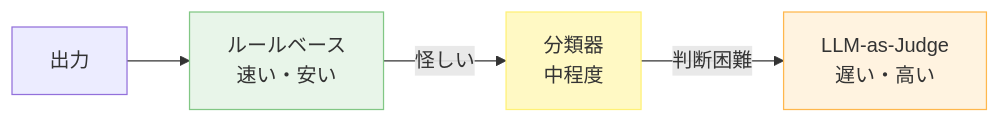
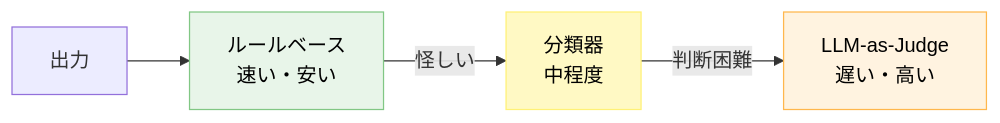
The third of 3 diagrams in docs/techniques/guardrails-llm-出力を決定論的に制御する仕組み.md (dinekt/dinekt-wiki), drawn with Mermaid before and after one commit. The commit also changed other lines of this file and 71 other files, not shown here.

First line of the commit message:
fix: mermaid readability + remove GitHub repo toolbar

````diff
--- a/docs/techniques/guardrails-llm-出力を決定論的に制御する仕組み.md
+++ b/docs/techniques/guardrails-llm-出力を決定論的に制御する仕組み.md
@@ -118,10 +118,10 @@
 ```mermaid
 flowchart LR
     O[出力] --> R[ルールベース<br/>速い・安い]
     R -->|怪しい| C[分類器<br/>中程度]
     C -->|判断困難| J[LLM-as-Judge<br/>遅い・高い]
 
-    style R fill:#e8f5e9,stroke:#81c784
-    style C fill:#fff9c4,stroke:#fff176
-    style J fill:#fff3e0,stroke:#ffb74d
+    style R fill:#e8f5e9,stroke:#81c784,color:#000
+    style C fill:#fff9c4,stroke:#fff176,color:#000
+    style J fill:#fff3e0,stroke:#ffb74d,color:#000
 ```
````
